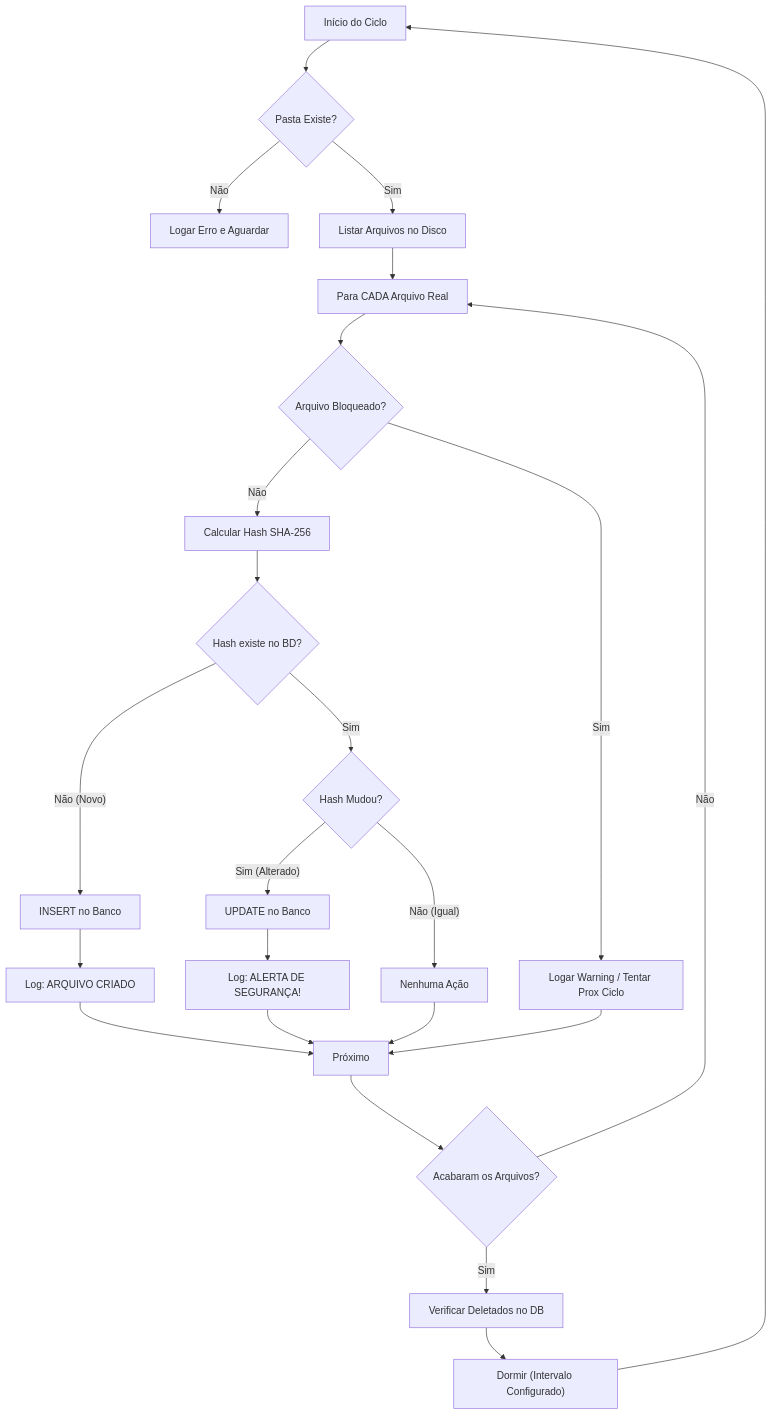
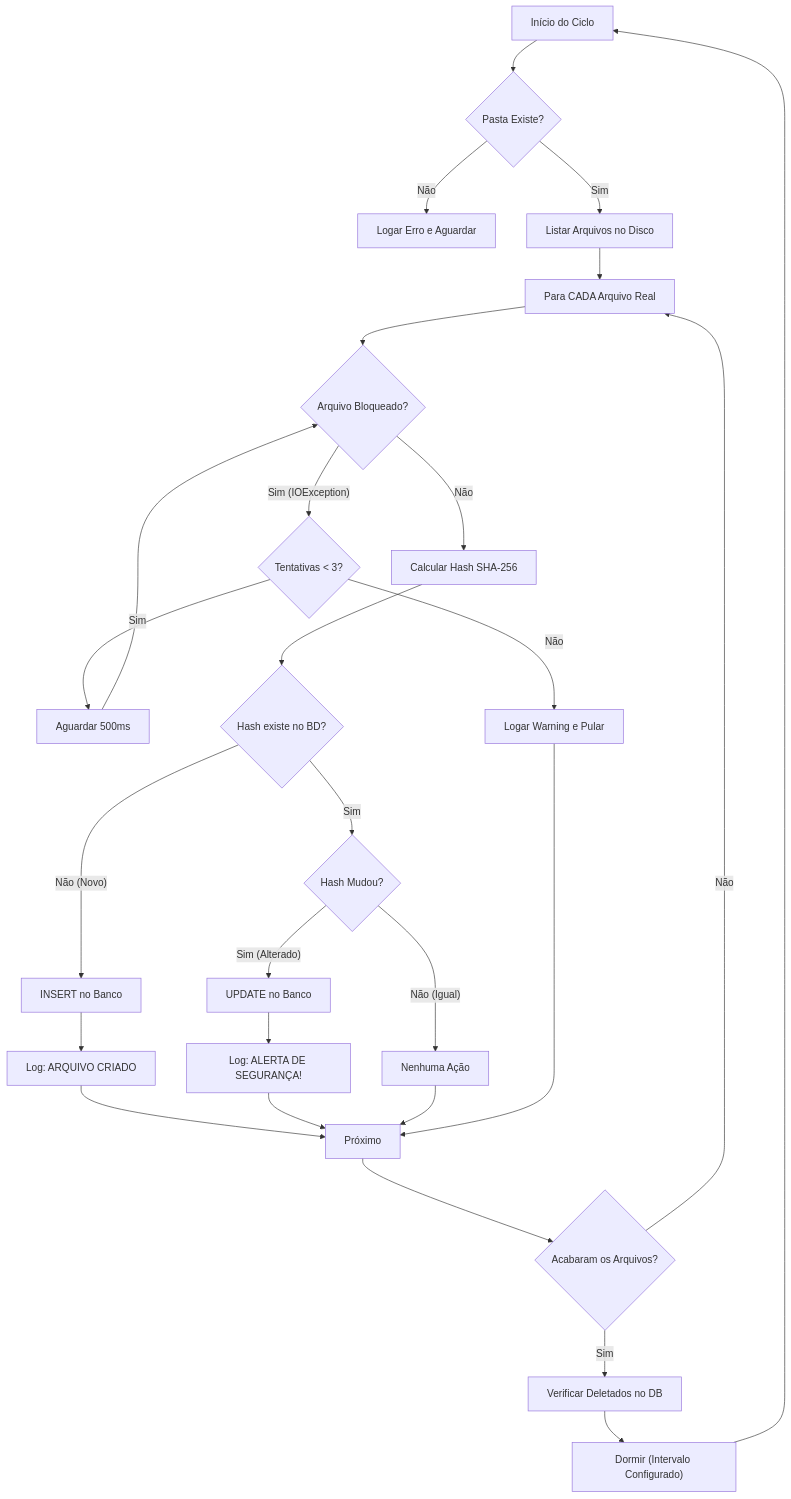
Before and after one commit to gustsoprani/IntegritySentinel: the diagram in README.md, drawn with Mermaid. The commit also changed other lines of this file and 1 other file, not shown here.

````diff
--- a/README.md
+++ b/README.md
@@ -24,32 +24,36 @@
 ```mermaid
 flowchart TD
     A[Início do Ciclo] --> B{Pasta Existe?}
     B -- Não --> Z["Logar Erro e Aguardar"]
     B -- Sim --> C[Listar Arquivos no Disco]
     C --> D[Para CADA Arquivo Real]
     
     D --> E{Arquivo Bloqueado?}
-    E -- Sim --> F["Logar Warning / Tentar Prox Ciclo"]
+    E -- "Sim (IOException)" --> F{Tentativas < 3?}
+    F -- Sim --> W[Aguardar 500ms]
+    W --> E
+    F -- Não --> X[Logar Warning e Pular]
+    
     E -- Não --> G[Calcular Hash SHA-256]
     
     G --> H{Hash existe no BD?}
     H -- "Não (Novo)" --> I[INSERT no Banco]
     I --> J["Log: ARQUIVO CRIADO"]
     
     H -- Sim --> K{Hash Mudou?}
     K -- "Sim (Alterado)" --> L[UPDATE no Banco]
     L --> M["Log: ALERTA DE SEGURANÇA!"]
     
     K -- "Não (Igual)" --> N[Nenhuma Ação]
     
     J --> O[Próximo]
     M --> O
     N --> O
-    F --> O
+    X --> O
     
     O --> P{Acabaram os Arquivos?}
     P -- Não --> D
     P -- Sim --> Q[Verificar Deletados no DB]
     Q --> R["Dormir (Intervalo Configurado)"]
     R --> A
 ```
````
